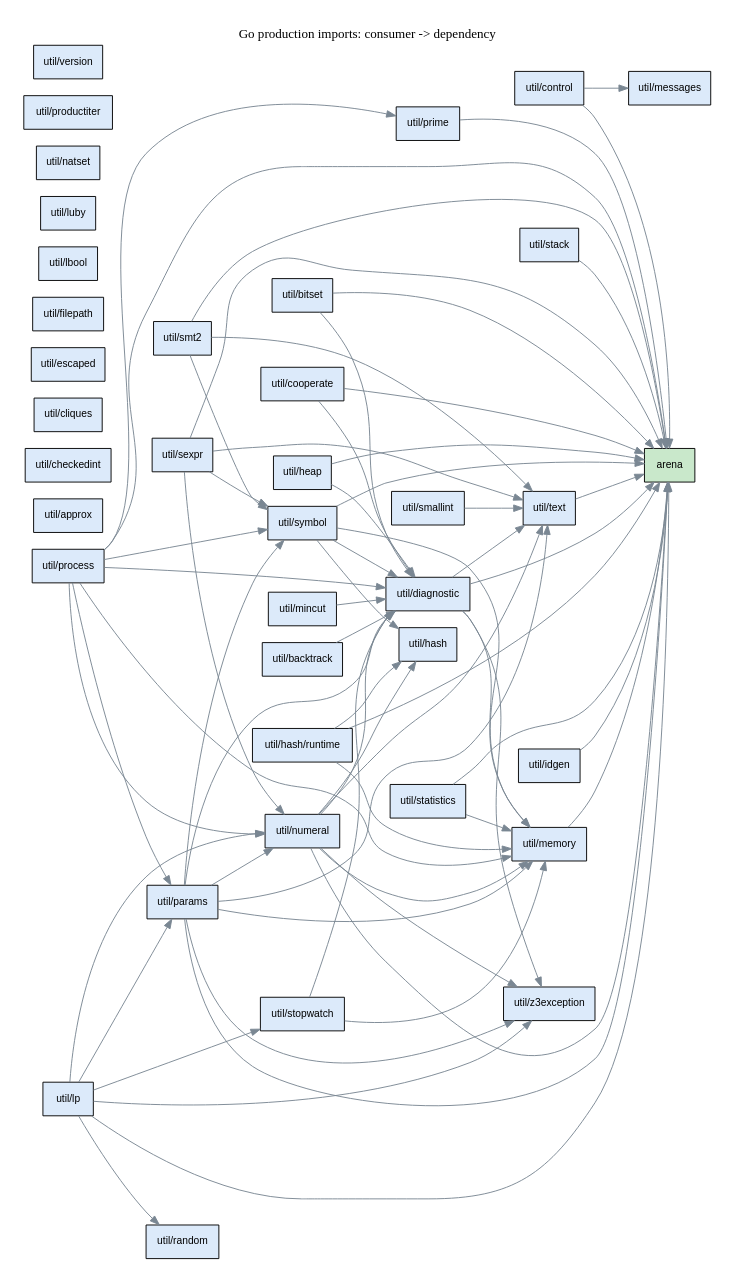
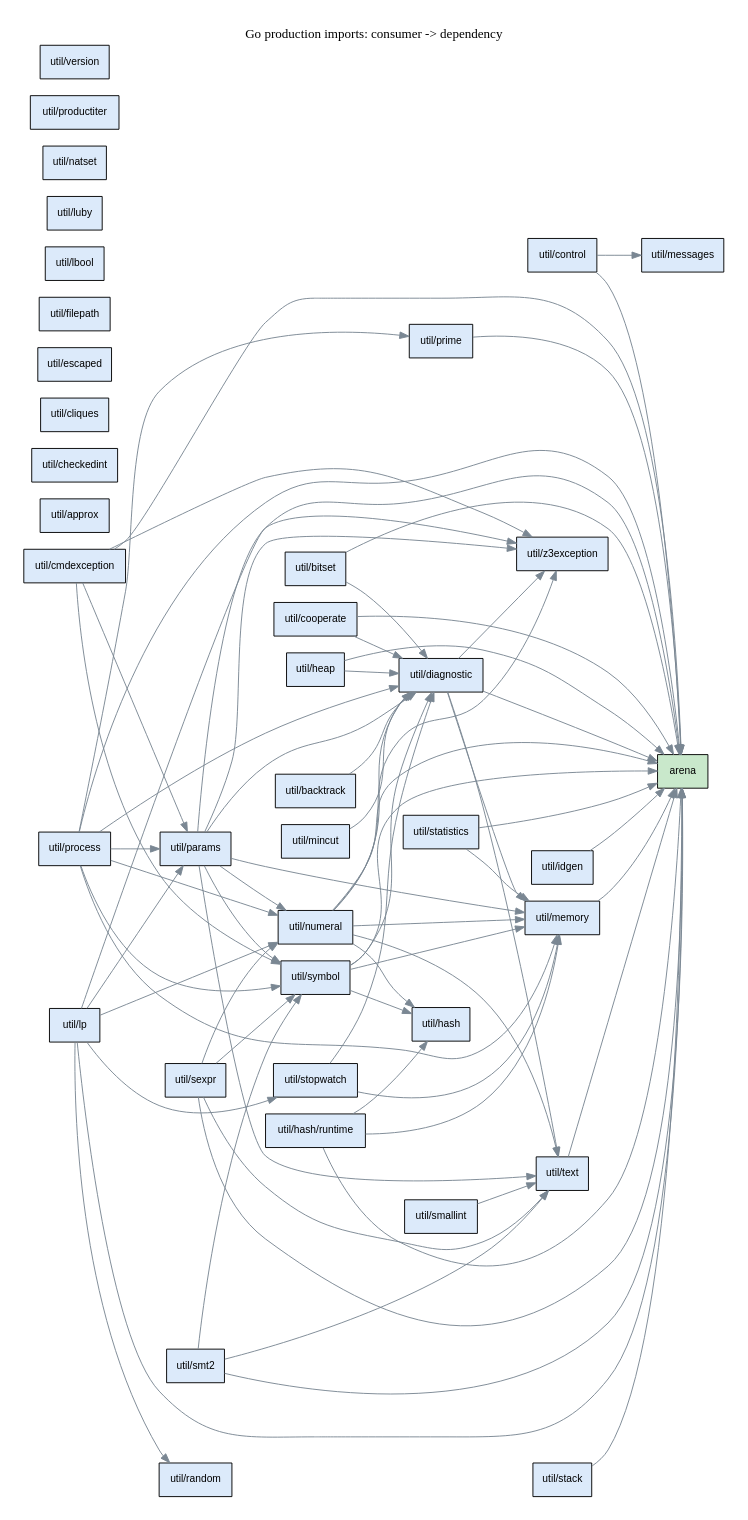
The diagram in doc/util_dependencies.dot (glycerine/g3-preview), drawn with Graphviz before and after one commit. The commit also changed 4 other files, not shown here.

Commit message:
Refresh Go package dependency graphs

```diff
--- a/doc/util_dependencies.dot
+++ b/doc/util_dependencies.dot
@@ -1,110 +1,115 @@
 digraph packages {
   rankdir=LR;
   graph [bgcolor=white, pad=0.25];
   node [shape=box, fontname="sans-serif", fontsize=11];
   edge [color="#7a8793"];
   label="Go production imports: consumer -> dependency";
   labelloc=t;
   "arena" [style=filled, fillcolor="#c9e8cb"];
   "util/approx" [style=filled, fillcolor="#dceafa"];
   "util/backtrack" [style=filled, fillcolor="#dceafa"];
   "util/backtrack" -> "util/diagnostic";
   "util/bitset" [style=filled, fillcolor="#dceafa"];
   "util/bitset" -> "arena";
   "util/bitset" -> "util/diagnostic";
   "util/checkedint" [style=filled, fillcolor="#dceafa"];
   "util/cliques" [style=filled, fillcolor="#dceafa"];
+  "util/cmdexception" [style=filled, fillcolor="#dceafa"];
+  "util/cmdexception" -> "arena";
+  "util/cmdexception" -> "util/params";
+  "util/cmdexception" -> "util/symbol";
+  "util/cmdexception" -> "util/z3exception";
   "util/control" [style=filled, fillcolor="#dceafa"];
   "util/control" -> "arena";
   "util/control" -> "util/messages";
   "util/cooperate" [style=filled, fillcolor="#dceafa"];
   "util/cooperate" -> "arena";
   "util/cooperate" -> "util/diagnostic";
   "util/diagnostic" [style=filled, fillcolor="#dceafa"];
   "util/diagnostic" -> "arena";
   "util/diagnostic" -> "util/memory";
   "util/diagnostic" -> "util/text";
   "util/diagnostic" -> "util/z3exception";
   "util/escaped" [style=filled, fillcolor="#dceafa"];
   "util/filepath" [style=filled, fillcolor="#dceafa"];
   "util/hash" [style=filled, fillcolor="#dceafa"];
   "util/hash/runtime" [style=filled, fillcolor="#dceafa"];
   "util/hash/runtime" -> "arena";
   "util/hash/runtime" -> "util/hash";
   "util/hash/runtime" -> "util/memory";
   "util/heap" [style=filled, fillcolor="#dceafa"];
   "util/heap" -> "arena";
   "util/heap" -> "util/diagnostic";
   "util/idgen" [style=filled, fillcolor="#dceafa"];
   "util/idgen" -> "arena";
   "util/lbool" [style=filled, fillcolor="#dceafa"];
   "util/lp" [style=filled, fillcolor="#dceafa"];
   "util/lp" -> "arena";
   "util/lp" -> "util/numeral";
   "util/lp" -> "util/params";
   "util/lp" -> "util/random";
   "util/lp" -> "util/stopwatch";
   "util/lp" -> "util/z3exception";
   "util/luby" [style=filled, fillcolor="#dceafa"];
   "util/memory" [style=filled, fillcolor="#dceafa"];
   "util/memory" -> "arena";
   "util/messages" [style=filled, fillcolor="#dceafa"];
   "util/mincut" [style=filled, fillcolor="#dceafa"];
   "util/mincut" -> "util/diagnostic";
   "util/natset" [style=filled, fillcolor="#dceafa"];
   "util/numeral" [style=filled, fillcolor="#dceafa"];
   "util/numeral" -> "arena";
   "util/numeral" -> "util/diagnostic";
   "util/numeral" -> "util/hash";
   "util/numeral" -> "util/memory";
   "util/numeral" -> "util/text";
   "util/numeral" -> "util/z3exception";
   "util/params" [style=filled, fillcolor="#dceafa"];
   "util/params" -> "arena";
   "util/params" -> "util/diagnostic";
   "util/params" -> "util/memory";
   "util/params" -> "util/numeral";
   "util/params" -> "util/symbol";
   "util/params" -> "util/text";
   "util/params" -> "util/z3exception";
   "util/prime" [style=filled, fillcolor="#dceafa"];
   "util/prime" -> "arena";
   "util/process" [style=filled, fillcolor="#dceafa"];
   "util/process" -> "arena";
   "util/process" -> "util/diagnostic";
   "util/process" -> "util/memory";
   "util/process" -> "util/numeral";
   "util/process" -> "util/params";
   "util/process" -> "util/prime";
   "util/process" -> "util/symbol";
   "util/productiter" [style=filled, fillcolor="#dceafa"];
   "util/random" [style=filled, fillcolor="#dceafa"];
   "util/sexpr" [style=filled, fillcolor="#dceafa"];
   "util/sexpr" -> "arena";
   "util/sexpr" -> "util/numeral";
   "util/sexpr" -> "util/symbol";
   "util/sexpr" -> "util/text";
   "util/smallint" [style=filled, fillcolor="#dceafa"];
   "util/smallint" -> "util/text";
   "util/smt2" [style=filled, fillcolor="#dceafa"];
   "util/smt2" -> "arena";
   "util/smt2" -> "util/symbol";
   "util/smt2" -> "util/text";
   "util/stack" [style=filled, fillcolor="#dceafa"];
   "util/stack" -> "arena";
   "util/statistics" [style=filled, fillcolor="#dceafa"];
   "util/statistics" -> "arena";
   "util/statistics" -> "util/memory";
   "util/stopwatch" [style=filled, fillcolor="#dceafa"];
   "util/stopwatch" -> "util/diagnostic";
   "util/stopwatch" -> "util/memory";
   "util/symbol" [style=filled, fillcolor="#dceafa"];
   "util/symbol" -> "arena";
   "util/symbol" -> "util/diagnostic";
   "util/symbol" -> "util/hash";
   "util/symbol" -> "util/memory";
   "util/text" [style=filled, fillcolor="#dceafa"];
   "util/text" -> "arena";
   "util/version" [style=filled, fillcolor="#dceafa"];
   "util/z3exception" [style=filled, fillcolor="#dceafa"];
 }
```
